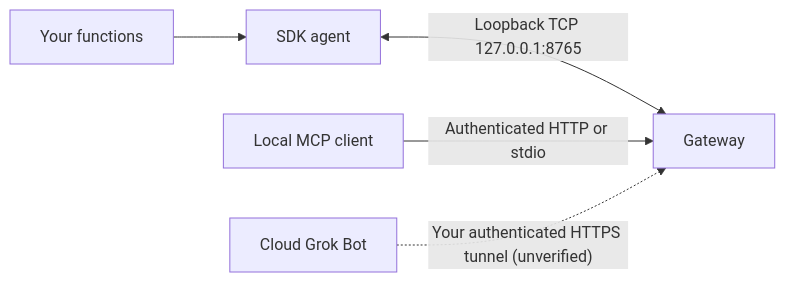
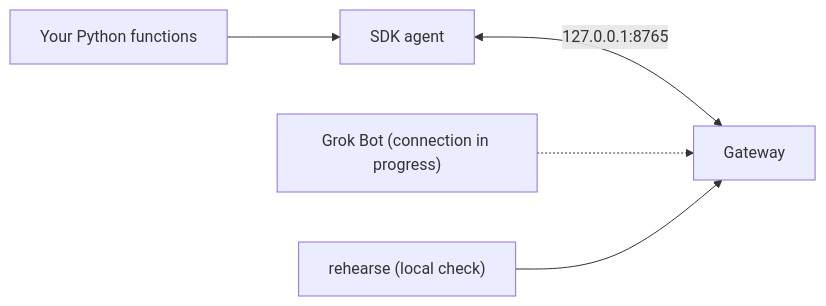
One commit to adidshaft/grok-gadgets changed the diagram in docs/components/grok-gadgets-linux-sdk-README.md. Above: the diagram before and after it, drawn with Mermaid. The commit also changed other lines of this file and 56 other files, not shown here.

First line of the commit message:
docs(HUB-GROK-001): keep the whole project about Grok Bot only

````diff
--- a/docs/components/grok-gadgets-linux-sdk-README.md
+++ b/docs/components/grok-gadgets-linux-sdk-README.md
@@ -64,7 +50,7 @@
 ```mermaid
 flowchart LR
-    A["Your functions"] --> S["SDK agent"]
-    S <-->|"Loopback TCP 127.0.0.1:8765"| G["Gateway"]
-    C["Local MCP client"] -->|"Authenticated HTTP or stdio"| G
-    B["Cloud Grok Bot"] -.->|"Your authenticated HTTPS tunnel (unverified)"| G
+    A["Your Python functions"] --> S["SDK agent"]
+    S <-->|"127.0.0.1:8765"| G["Gateway"]
+    B["Grok Bot (connection in progress)"] -.-> G
+    R["rehearse (local check)"] --> G
 ```
````
